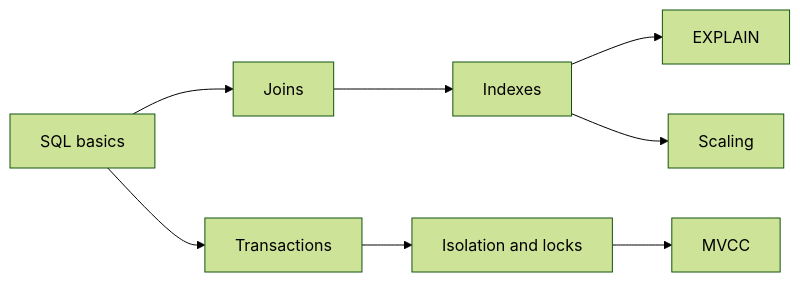
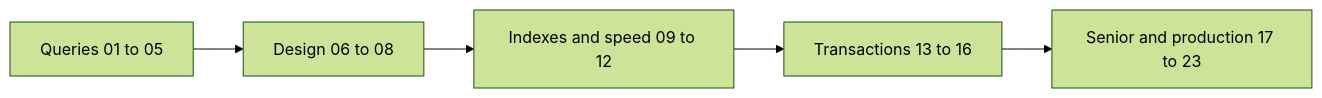
One commit to starjustice/research-material changed the diagram in learn/database/README.md. Above: the diagram before and after it, drawn with Mermaid (forest theme). The commit also changed other lines of this file and 9 other files, not shown here.

````diff
--- a/learn/database/README.md
+++ b/learn/database/README.md
@@ -11,10 +11,7 @@
 ```mermaid
 graph LR
-    A["SQL basics"] --> B["Joins"]
-    B --> C["Indexes"]
-    C --> D["EXPLAIN"]
-    A --> E["Transactions"]
-    E --> F["Isolation and locks"]
-    F --> G["MVCC"]
-    C --> H["Scaling"]
+    A["Queries 01 to 05"] --> B["Design 06 to 08"]
+    B --> C["Indexes and speed 09 to 12"]
+    C --> D["Transactions 13 to 16"]
+    D --> E["Senior and production 17 to 23"]
 ```
````
